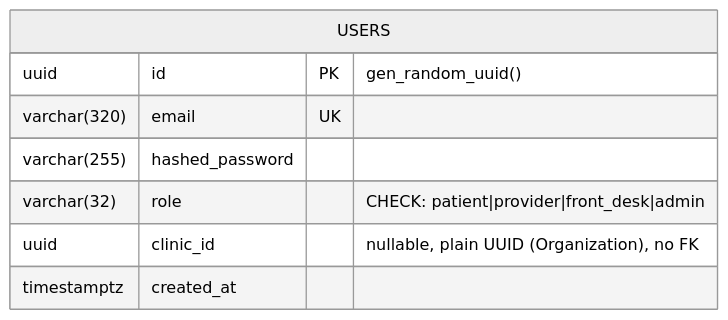
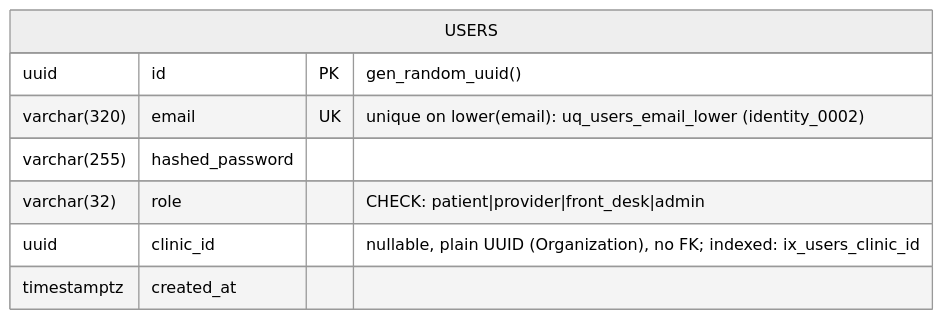
Before and after one commit to umarEmumba/smarthealth: the first of 8 diagrams in docs/erd.md, drawn with Mermaid (neutral theme). The commit also changed other lines of this file and 4 other files, not shown here.

First line of the commit message:
docs(02.1-13): README, architecture doc and ERD describe the Phase 2.1 system

````diff
--- a/docs/erd.md
+++ b/docs/erd.md
@@ -27,11 +31,11 @@
 ```mermaid
 erDiagram
     USERS {
         uuid id PK "gen_random_uuid()"
-        varchar(320) email UK
+        varchar(320) email UK "unique on lower(email): uq_users_email_lower (identity_0002)"
         varchar(255) hashed_password
         varchar(32) role "CHECK: patient|provider|front_desk|admin"
-        uuid clinic_id "nullable, plain UUID (Organization), no FK"
+        uuid clinic_id "nullable, plain UUID (Organization), no FK; indexed: ix_users_clinic_id"
         timestamptz created_at
     }
 ```
````
